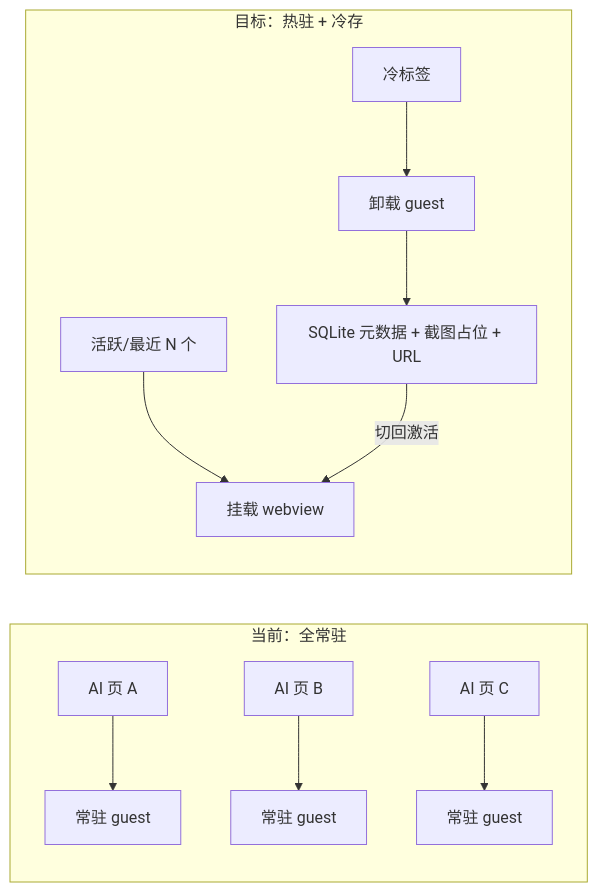
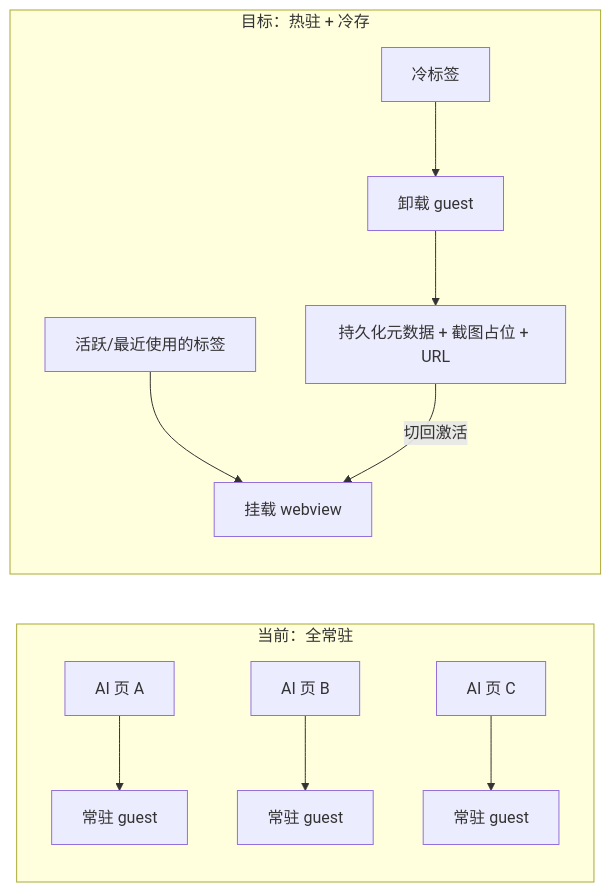
Before and after one commit to LinCi853/SidekickAI: the diagram in docs/handoffs/memory-optimization-handoff.md, drawn with Mermaid. The commit also changed other lines of this file and 143 other files, not shown here.

````diff
--- a/docs/handoffs/memory-optimization-handoff.md
+++ b/docs/handoffs/memory-optimization-handoff.md
@@ -45,14 +80,14 @@
 ```mermaid
 flowchart LR
   subgraph now [当前：全常驻]
     A1[AI 页 A] --> H1[常驻 guest]
     A2[AI 页 B] --> H2[常驻 guest]
     A3[AI 页 C] --> H3[常驻 guest]
   end
   subgraph target [目标：热驻 + 冷存]
-    B1[活跃/最近 N 个] --> K1[挂载 webview]
+    B1[活跃/最近使用的标签] --> K1[挂载 webview]
     B2[冷标签] --> K2[卸载 guest]
-    K2 --> S[SQLite 元数据 + 截图占位 + URL]
+    K2 --> S[持久化元数据 + 截图占位 + URL]
     S -->|切回激活| K1
   end
 ```
````
